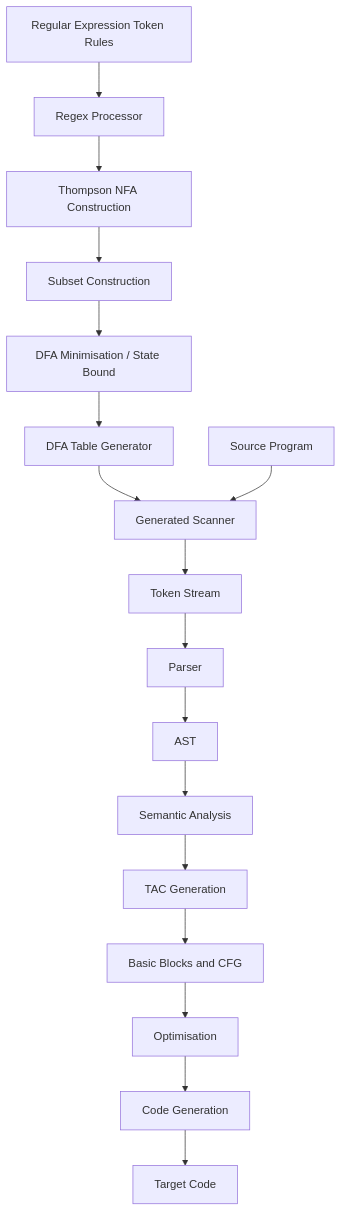
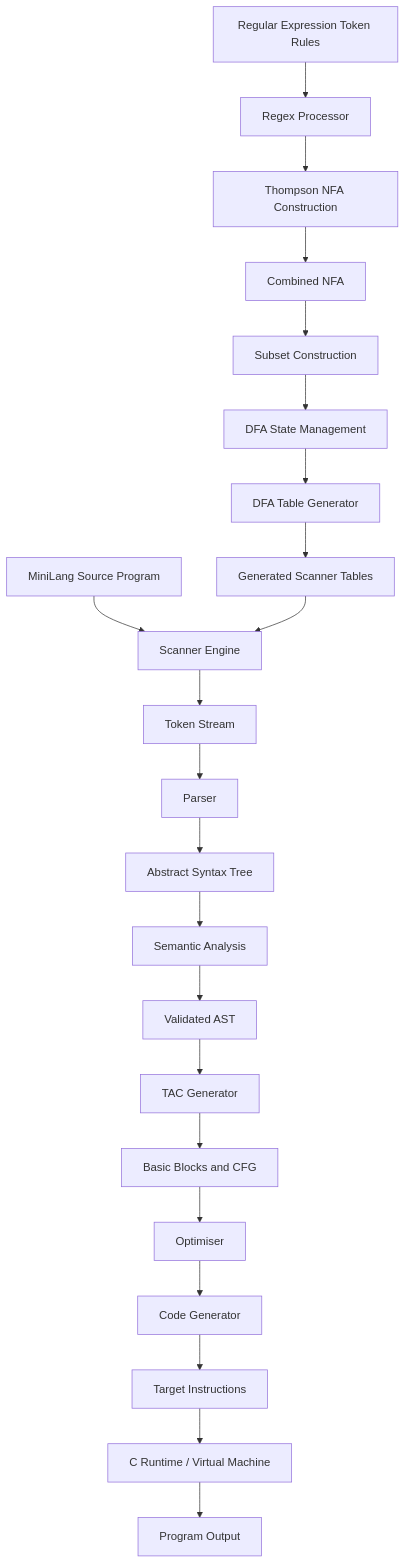
One commit to Venom-bot460/T15-MiniFlex-Compiler changed the first of 2 diagrams in docs/architecture.md. Above: the diagram before and after it, drawn with Mermaid. The commit also changed other lines of this file, not shown here.

Commit message:
feat: modification of architecture.md

````diff
--- a/docs/architecture.md
+++ b/docs/architecture.md
@@ -266,20 +746,25 @@
 ```mermaid
 flowchart TD
     A["Regular Expression Token Rules"] --> B["Regex Processor"]
     B --> C["Thompson NFA Construction"]
-    C --> D["Subset Construction"]
-    D --> E["DFA Minimisation / State Bound"]
-    E --> F["DFA Table Generator"]
-    F --> G["Generated Scanner"]
+    C --> D["Combined NFA"]
+    D --> E["Subset Construction"]
+    E --> F["DFA State Management"]
+    F --> G["DFA Table Generator"]
+    G --> H["Generated Scanner Tables"]
 
-    H["Source Program"] --> G
-    G --> I["Token Stream"]
-    I --> J["Parser"]
-    J --> K["AST"]
-    K --> L["Semantic Analysis"]
-    L --> M["TAC Generation"]
-    M --> N["Basic Blocks and CFG"]
-    N --> O["Optimisation"]
-    O --> P["Code Generation"]
-    P --> Q["Target Code"]
+    I["MiniLang Source Program"] --> J["Scanner Engine"]
+    H --> J
+    J --> K["Token Stream"]
+    K --> L["Parser"]
+    L --> M["Abstract Syntax Tree"]
+    M --> N["Semantic Analysis"]
+    N --> O["Validated AST"]
+    O --> P["TAC Generator"]
+    P --> Q["Basic Blocks and CFG"]
+    Q --> R["Optimiser"]
+    R --> S["Code Generator"]
+    S --> T["Target Instructions"]
+    T --> U["C Runtime / Virtual Machine"]
+    U --> V["Program Output"]
 ```
````
